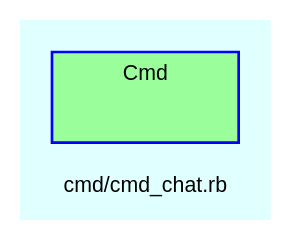
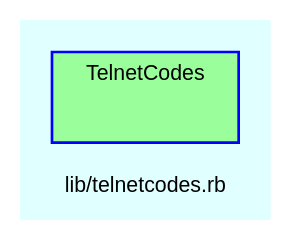
The diagram in doc/dot/f_10.dot (Tyche/teensymud), drawn with Graphviz before and after one commit. The commit also changed 127 other files, not shown here.

```diff
--- a/doc/dot/f_10.dot
+++ b/doc/dot/f_10.dot
@@ -1,29 +1,29 @@
 digraph TopLevel {
     compound = true
     bgcolor = lightcyan1
     fontname = Arial
     fontsize = 8
-    label = "cmd/cmd_chat.rb"
+    label = "lib/telnetcodes.rb"
     node [
         fontname = Arial,
         fontsize = 8,
         color = black
     ]
 
-    subgraph cluster_Cmd {
+    subgraph cluster_TelnetCodes {
         fillcolor = palegreen1
-        URL = "classes/Cmd.html"
+        URL = "classes/TelnetCodes.html"
         fontname = Arial
         color = blue
-        label = "Cmd"
+        label = "TelnetCodes"
         style = filled
-        Cmd [
+        TelnetCodes [
             shape = plaintext,
             height = 0.01,
             width = 0.75,
             label = ""
         ]
 
     }
 
 }
```
